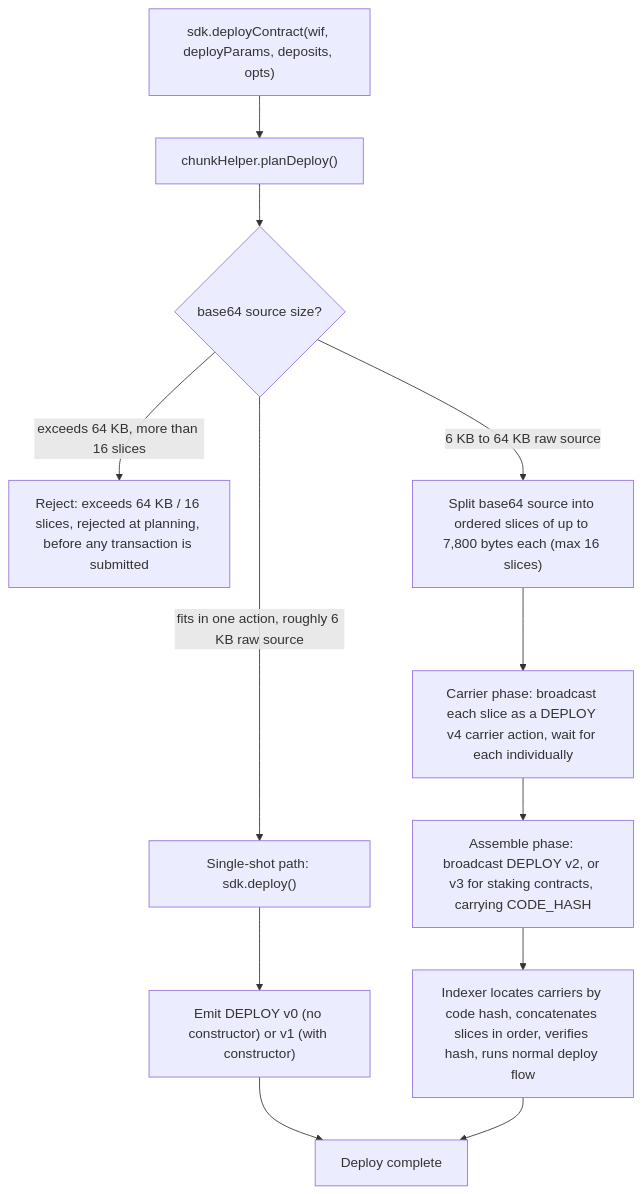
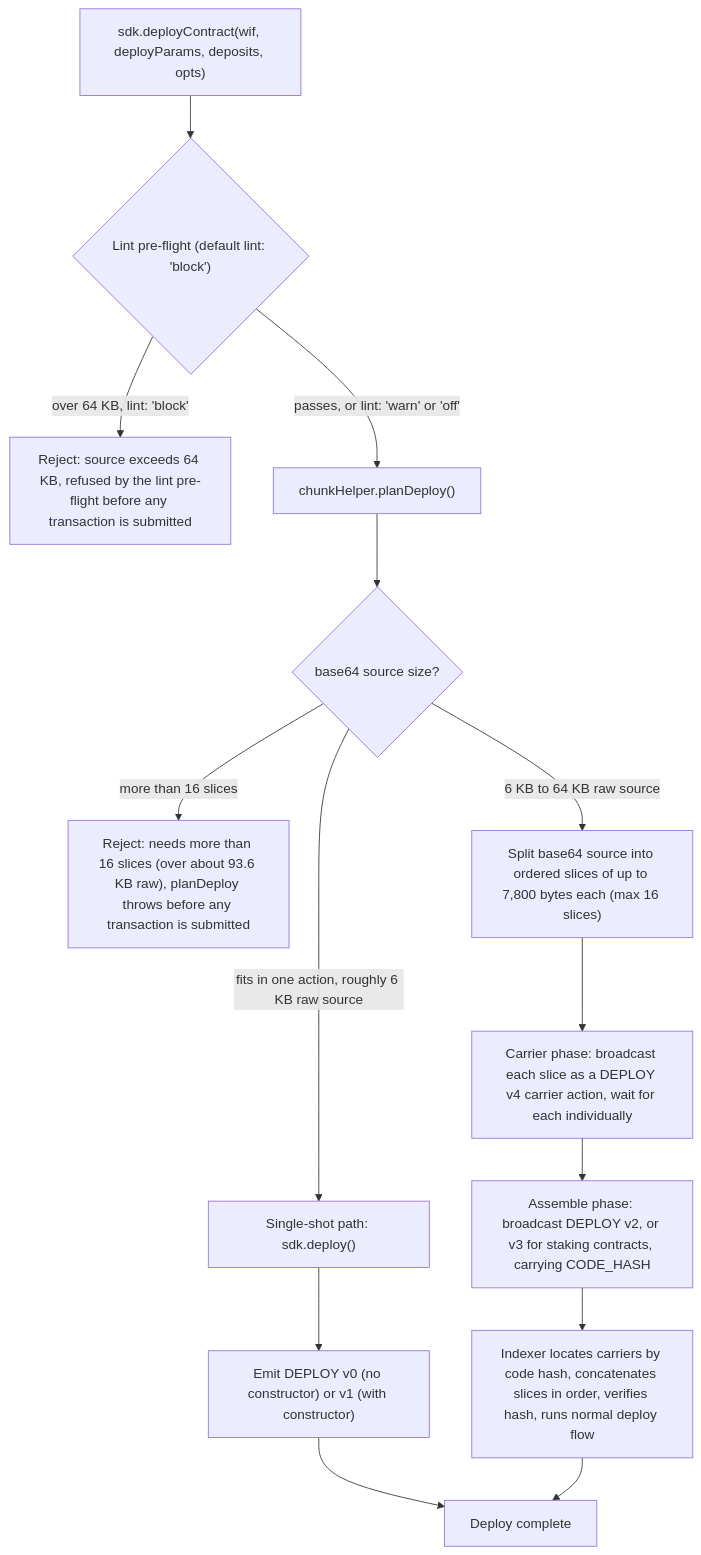
The diagram in components/sdk/contracts.md (XChain-Platform/xchain-documentation), drawn with Mermaid before and after one commit. The commit also changed other lines of this file and 55 other files, not shown here.

````diff
--- a/components/sdk/contracts.md
+++ b/components/sdk/contracts.md
@@ -82,26 +85,30 @@
 ```mermaid
 flowchart TD
     START["sdk.deployContract(wif, deployParams, deposits, opts)"]
+    LINT{"Lint pre-flight (default lint: 'block')"}
+    LINT_BIG["Reject: source exceeds 64 KB, refused by the lint pre-flight before any transaction is submitted"]
     PLAN["chunkHelper.planDeploy()"]
     SIZE{"base64 source size?"}
-    TOO_BIG["Reject: exceeds 64 KB / 16 slices, rejected at planning, before any transaction is submitted"]
+    TOO_BIG["Reject: needs more than 16 slices (over about 93.6 KB raw), planDeploy throws before any transaction is submitted"]
     SINGLE["Single-shot path: sdk.deploy()"]
     SINGLE_EMIT["Emit DEPLOY v0 (no constructor) or v1 (with constructor)"]
     CHUNK_SPLIT["Split base64 source into ordered slices of up to 7,800 bytes each (max 16 slices)"]
     CARRIER["Carrier phase: broadcast each slice as a DEPLOY v4 carrier action, wait for each individually"]
     ASSEMBLE["Assemble phase: broadcast DEPLOY v2, or v3 for staking contracts, carrying CODE_HASH"]
     INDEXER["Indexer locates carriers by code hash, concatenates slices in order, verifies hash, runs normal deploy flow"]
     DONE["Deploy complete"]
 
-    START --> PLAN
+    START --> LINT
+    LINT -->|"over 64 KB, lint: 'block'"| LINT_BIG
+    LINT -->|"passes, or lint: 'warn' or 'off'"| PLAN
     PLAN --> SIZE
     SIZE -->|"fits in one action, roughly 6 KB raw source"| SINGLE
     SINGLE --> SINGLE_EMIT
     SINGLE_EMIT --> DONE
     SIZE -->|"6 KB to 64 KB raw source"| CHUNK_SPLIT
     CHUNK_SPLIT --> CARRIER
     CARRIER --> ASSEMBLE
     ASSEMBLE --> INDEXER
     INDEXER --> DONE
-    SIZE -->|"exceeds 64 KB, more than 16 slices"| TOO_BIG
+    SIZE -->|"more than 16 slices"| TOO_BIG
 ```
````
